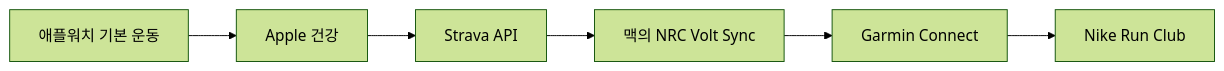
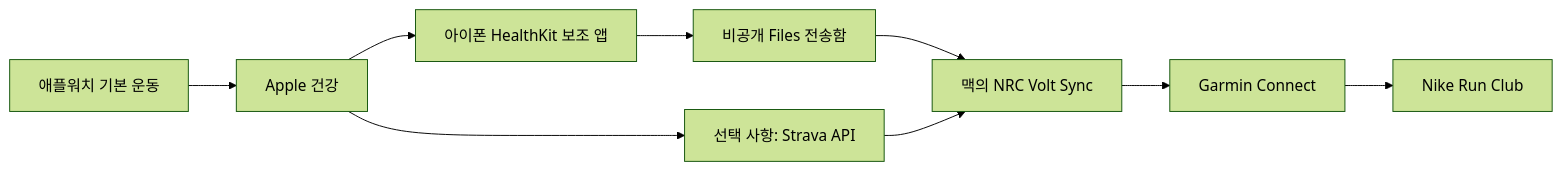
One commit to nirvanasangsara-AI/nrc-volt-sync changed the diagram in README.ko.md. Above: the diagram before and after it, drawn with Mermaid (forest theme). The commit also changed other lines of this file and 45 other files, not shown here.

First line of the commit message:
Add direct Apple Health sync without Strava (#4)

````diff
--- a/README.ko.md
+++ b/README.ko.md
@@ -15,8 +15,11 @@
 ```mermaid
 flowchart LR
     A["애플워치 기본 운동"] --> B["Apple 건강"]
-    B --> C["Strava API"]
-    C --> D["맥의 NRC Volt Sync"]
+    B --> C["아이폰 HealthKit 보조 앱"]
+    B --> S["선택 사항: Strava API"]
+    C --> O["비공개 Files 전송함"]
+    O --> D["맥의 NRC Volt Sync"]
+    S --> D
     D --> E["Garmin Connect"]
     E --> F["Nike Run Club"]
 ```
````
